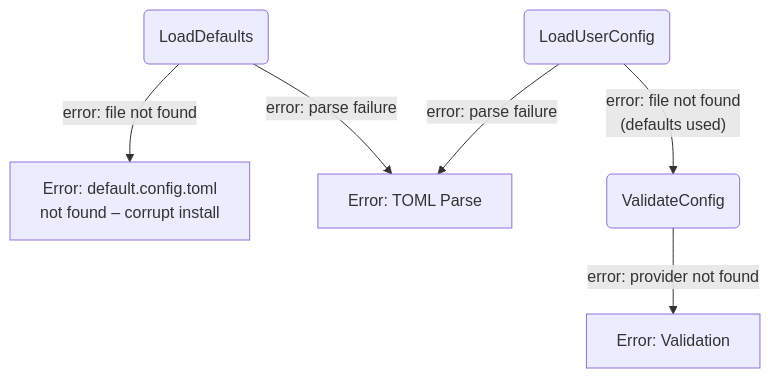
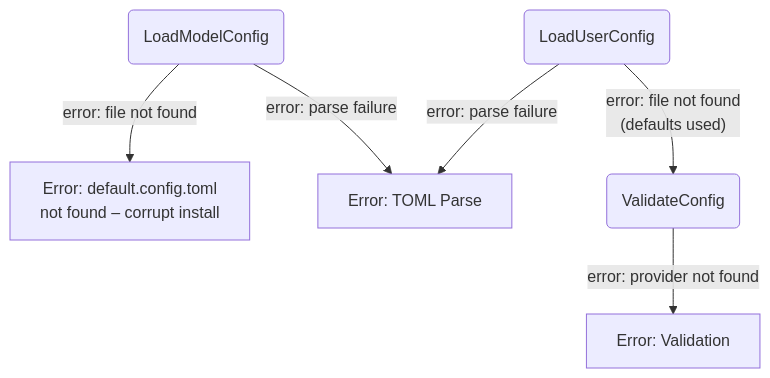
One commit to cosmoswafer/rockbot changed the second of 3 diagrams in _dfds/base/config.md. Above: the diagram before and after it, drawn with Mermaid. The commit also changed other lines of this file, not shown here.

Commit message:
docs: refactor config DFD to two-group design — Model Config vs Secrets+Preferences

````diff
--- a/_dfds/base/config.md
+++ b/_dfds/base/config.md
@@ -46,15 +52,15 @@
 ```mermaid
 flowchart TD
-    LOAD_DEF(LoadDefaults)
+    LOAD_DEF(LoadModelConfig)
     LOAD_USR(LoadUserConfig)
     ERR_MISSING_DEF[Error: default.config.toml\nnot found – corrupt install]
     ERR_PARSE[Error: TOML Parse]
     ERR_VALID[Error: Validation]
     VALIDATE(ValidateConfig)
 
     LOAD_DEF -->|"error: file not found"| ERR_MISSING_DEF
     LOAD_DEF -->|"error: parse failure"| ERR_PARSE
     LOAD_USR -->|"error: parse failure"| ERR_PARSE
     LOAD_USR -->|"error: file not found\n(defaults used)"| VALIDATE
     VALIDATE -->|"error: provider not found"| ERR_VALID
 ```
````
